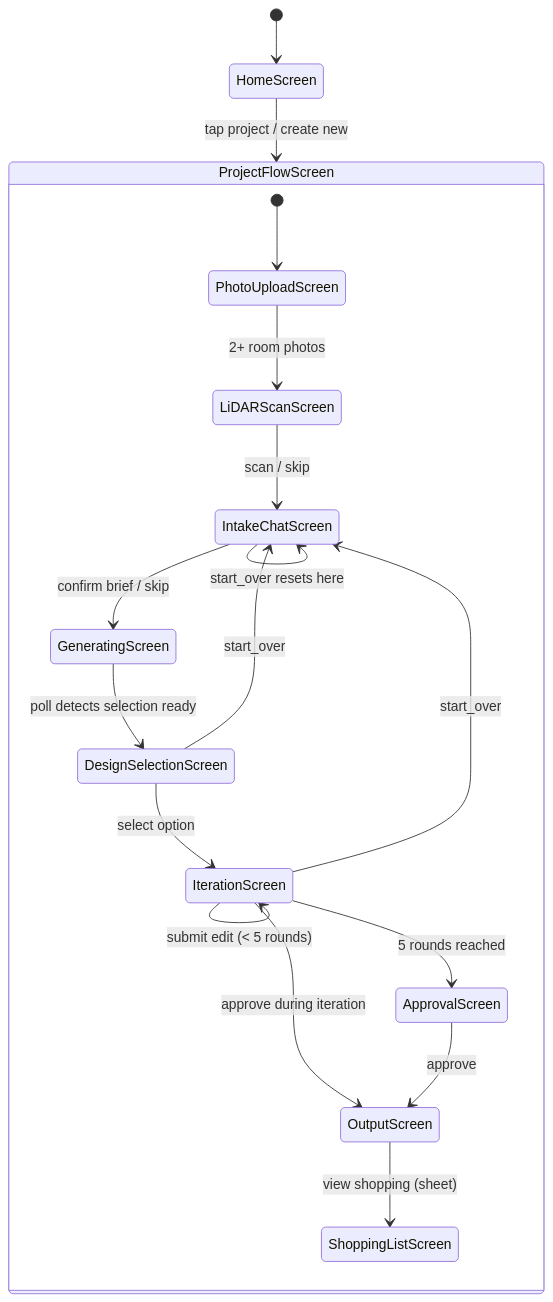
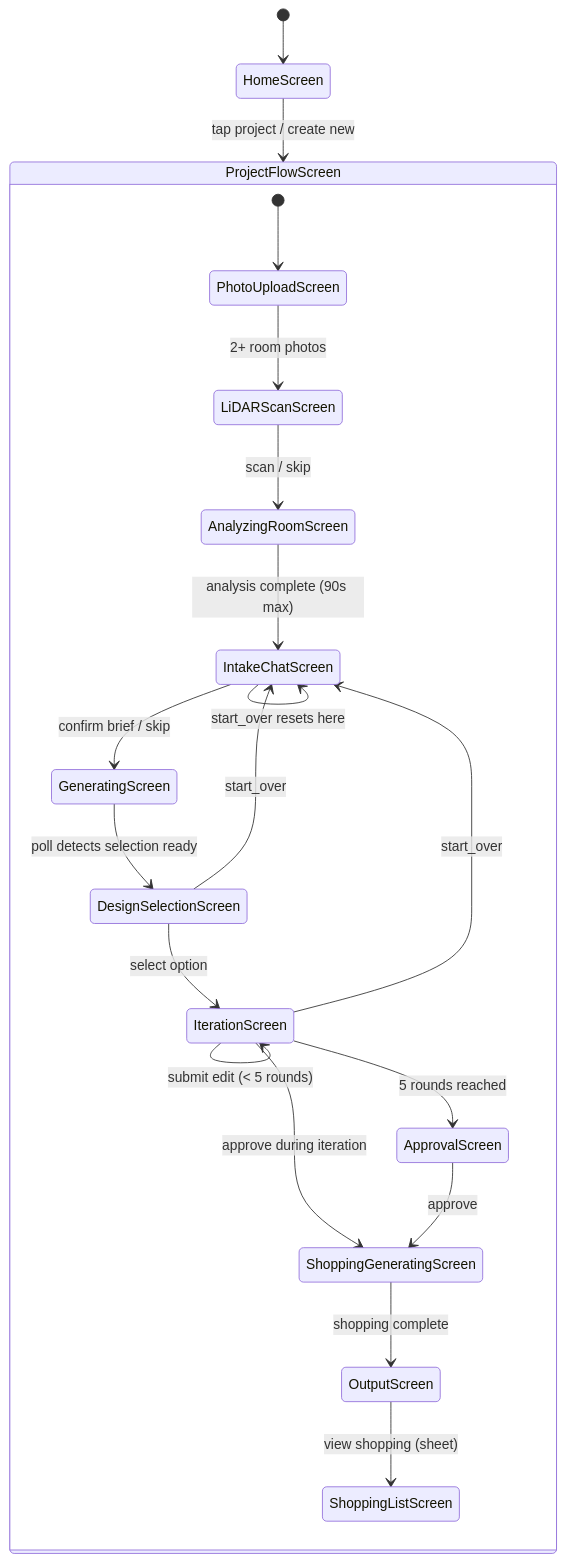
Before and after one commit to hippogriff-ai/remo: the ninth of 12 diagrams in specs/ARCHITECTURE.md, drawn with Mermaid. The commit also changed other lines of this file and 58 other files, not shown here.

First line of the commit message:
Device bug fixes: edit annotations, intake self-repeat, shopping search (#19)

````diff
--- a/specs/ARCHITECTURE.md
+++ b/specs/ARCHITECTURE.md
@@ -361,25 +372,27 @@
 ```mermaid
 stateDiagram-v2
     [*] --> HomeScreen
 
     HomeScreen --> ProjectFlowScreen : tap project / create new
 
     state ProjectFlowScreen {
         [*] --> PhotoUploadScreen
 
         PhotoUploadScreen --> LiDARScanScreen : 2+ room photos
-        LiDARScanScreen --> IntakeChatScreen : scan / skip
+        LiDARScanScreen --> AnalyzingRoomScreen : scan / skip
+        AnalyzingRoomScreen --> IntakeChatScreen : analysis complete (90s max)
         IntakeChatScreen --> GeneratingScreen : confirm brief / skip
         GeneratingScreen --> DesignSelectionScreen : poll detects selection ready
         DesignSelectionScreen --> IterationScreen : select option
         IterationScreen --> IterationScreen : submit edit (< 5 rounds)
         IterationScreen --> ApprovalScreen : 5 rounds reached
-        IterationScreen --> OutputScreen : approve during iteration
-        ApprovalScreen --> OutputScreen : approve
+        IterationScreen --> ShoppingGeneratingScreen : approve during iteration
+        ApprovalScreen --> ShoppingGeneratingScreen : approve
+        ShoppingGeneratingScreen --> OutputScreen : shopping complete
         OutputScreen --> ShoppingListScreen : view shopping (sheet)
 
         IntakeChatScreen --> IntakeChatScreen : start_over resets here
         DesignSelectionScreen --> IntakeChatScreen : start_over
         IterationScreen --> IntakeChatScreen : start_over
     }
 ```
````
